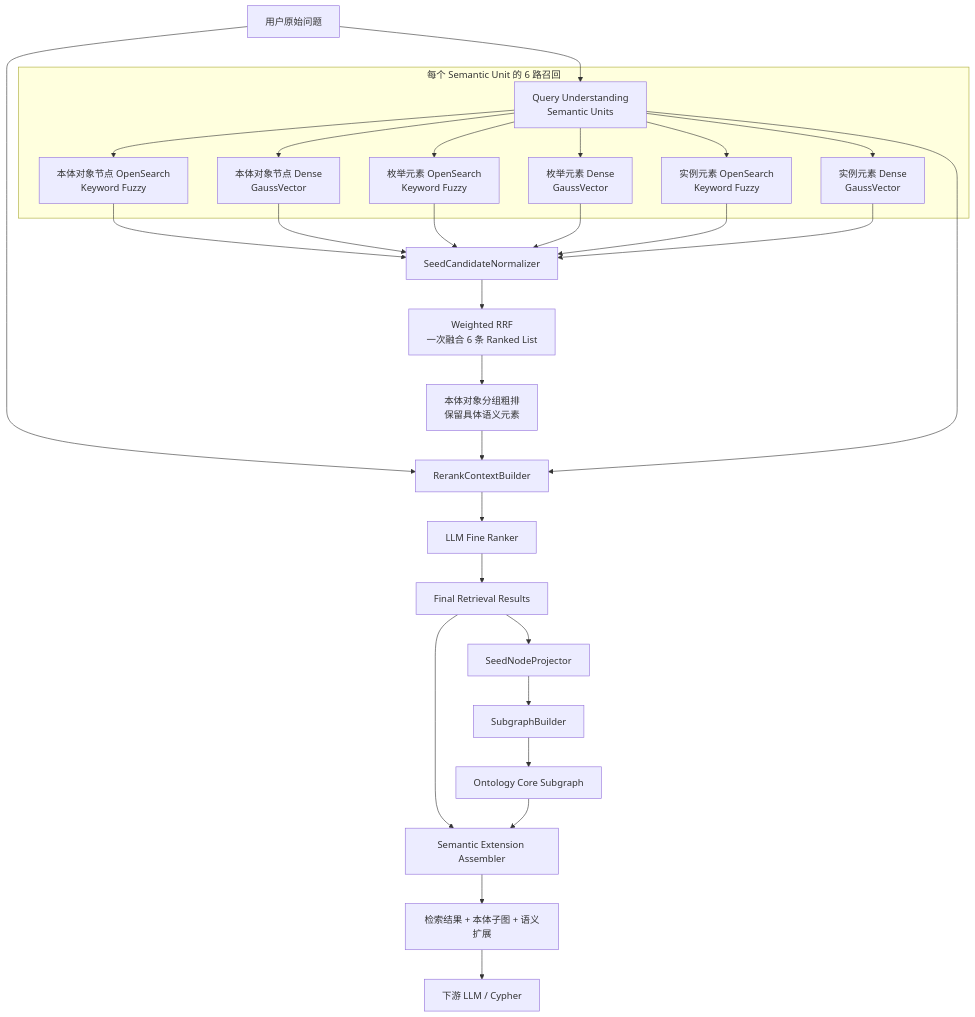
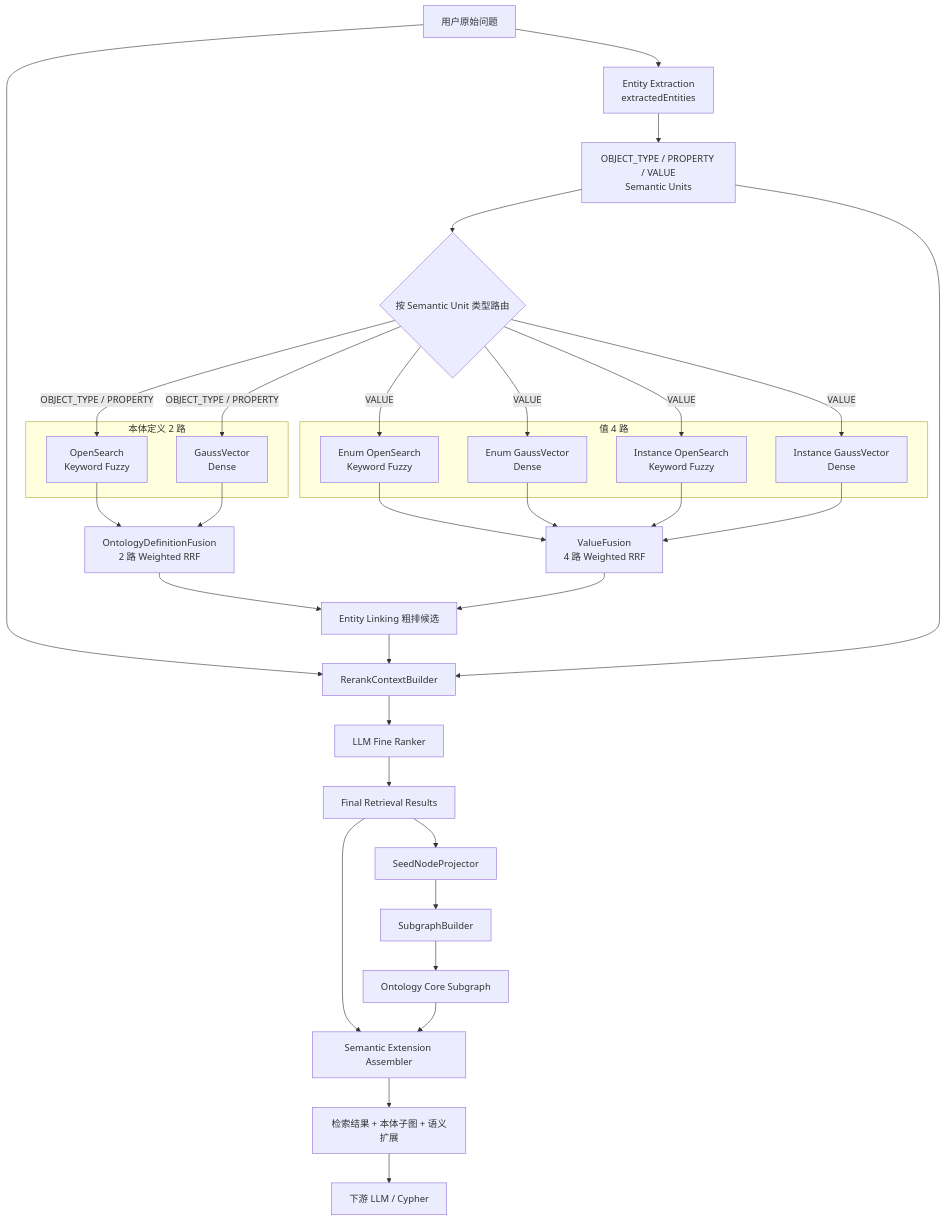
The third of 9 diagrams in docs/OAG本体锚点语义检索与向量索引设计方案.md (cfwl100/onology_dsl), drawn with Mermaid before and after one commit. The commit also changed other lines of this file and 2 other files, not shown here.

Commit message:
docs: align overview with typed hybrid recall

````diff
--- a/docs/OAG本体锚点语义检索与向量索引设计方案.md
+++ b/docs/OAG本体锚点语义检索与向量索引设计方案.md
@@ -154,38 +160,49 @@
 ```mermaid
 flowchart TD
-    Q[用户原始问题] --> QU[Query Understanding<br/>Semantic Units]
+    Q[用户原始问题] --> EE[Entity Extraction<br/>extractedEntities]
+    EE --> SU[OBJECT_TYPE / PROPERTY / VALUE<br/>Semantic Units]
+    SU --> ROUTE{按 Semantic Unit 类型路由}
 
-    subgraph RET[每个 Semantic Unit 的 6 路召回]
-      QU --> SL[本体对象节点 OpenSearch<br/>Keyword Fuzzy]
-      QU --> SD[本体对象节点 Dense<br/>GaussVector]
-      QU --> ML[枚举元素 OpenSearch<br/>Keyword Fuzzy]
-      QU --> MD[枚举元素 Dense<br/>GaussVector]
-      QU --> IL[实例元素 OpenSearch<br/>Keyword Fuzzy]
-      QU --> ID[实例元素 Dense<br/>GaussVector]
+    subgraph OD[本体定义 2 路]
+      OL[OpenSearch<br/>Keyword Fuzzy]
+      ODV[GaussVector<br/>Dense]
     end
 
-    SL --> N[SeedCandidateNormalizer]
-    SD --> N
-    ML --> N
-    MD --> N
-    IL --> N
-    ID --> N
+    subgraph VV[值 4 路]
+      EL[Enum OpenSearch<br/>Keyword Fuzzy]
+      ED[Enum GaussVector<br/>Dense]
+      IL[Instance OpenSearch<br/>Keyword Fuzzy]
+      ID[Instance GaussVector<br/>Dense]
+    end
 
-    N --> RRF[Weighted RRF<br/>一次融合 6 条 Ranked List]
-    RRF --> COARSE[本体对象分组粗排<br/>保留具体语义元素]
+    ROUTE -->|OBJECT_TYPE / PROPERTY| OL
+    ROUTE -->|OBJECT_TYPE / PROPERTY| ODV
+    ROUTE -->|VALUE| EL
+    ROUTE -->|VALUE| ED
+    ROUTE -->|VALUE| IL
+    ROUTE -->|VALUE| ID
 
+    OL --> ORRF[OntologyDefinitionFusion<br/>2 路 Weighted RRF]
+    ODV --> ORRF
+    EL --> VRRF[ValueFusion<br/>4 路 Weighted RRF]
+    ED --> VRRF
+    IL --> VRRF
+    ID --> VRRF
+
+    ORRF --> COARSE[Entity Linking 粗排候选]
+    VRRF --> COARSE
     Q --> RC[RerankContextBuilder]
     COARSE --> RC
-    QU --> RC
+    SU --> RC
     RC --> LLM[LLM Fine Ranker]
     LLM --> RESULT[Final Retrieval Results]
 
     RESULT --> SP[SeedNodeProjector]
     SP --> SG[SubgraphBuilder]
     SG --> CORE[Ontology Core Subgraph]
 
     RESULT --> EXT[Semantic Extension Assembler]
     CORE --> EXT
     EXT --> OUT[检索结果 + 本体子图 + 语义扩展]
     OUT --> CYPHER[下游 LLM / Cypher]
 ```
````
